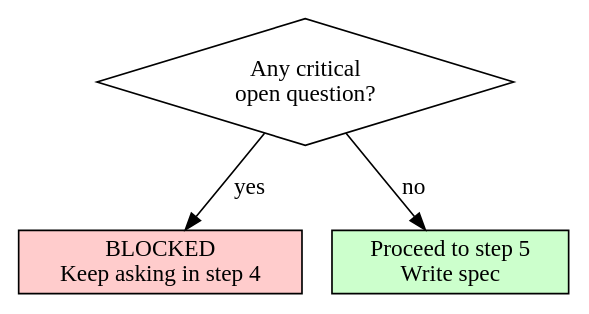
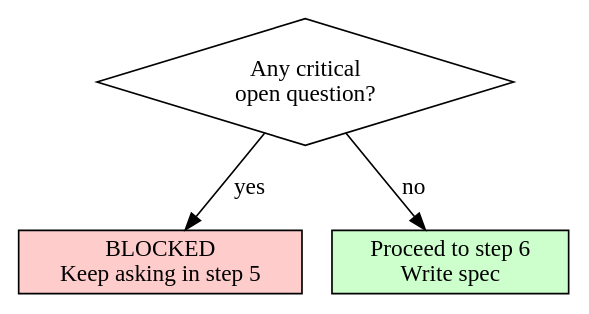
One commit to JohannWilfridCalixte/agentic changed the second of 2 diagrams in src/agentic/skills/agentic-workflow-product-spec/SKILL.md. Above: the diagram before and after it, drawn with Graphviz. The commit also changed other lines of this file and 7 other files, not shown here.

````diff
--- a/src/agentic/skills/agentic-workflow-product-spec/SKILL.md
+++ b/src/agentic/skills/agentic-workflow-product-spec/SKILL.md
@@ -115,10 +119,10 @@
 ```dot
 digraph gate {
     check [label="Any critical\nopen question?" shape=diamond];
-    block [label="BLOCKED\nKeep asking in step 4" shape=box style=filled fillcolor="#ffcccc"];
-    proceed [label="Proceed to step 5\nWrite spec" shape=box style=filled fillcolor="#ccffcc"];
+    block [label="BLOCKED\nKeep asking in step 5" shape=box style=filled fillcolor="#ffcccc"];
+    proceed [label="Proceed to step 6\nWrite spec" shape=box style=filled fillcolor="#ccffcc"];
 
     check -> block [label="yes"];
     check -> proceed [label="no"];
 }
 ```
````
